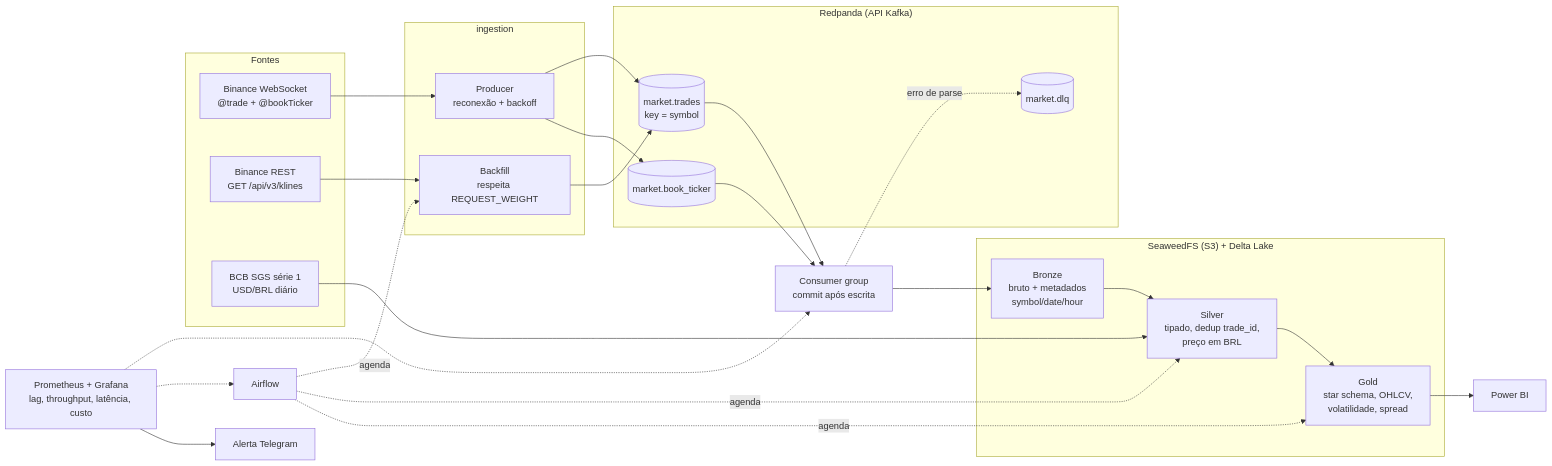
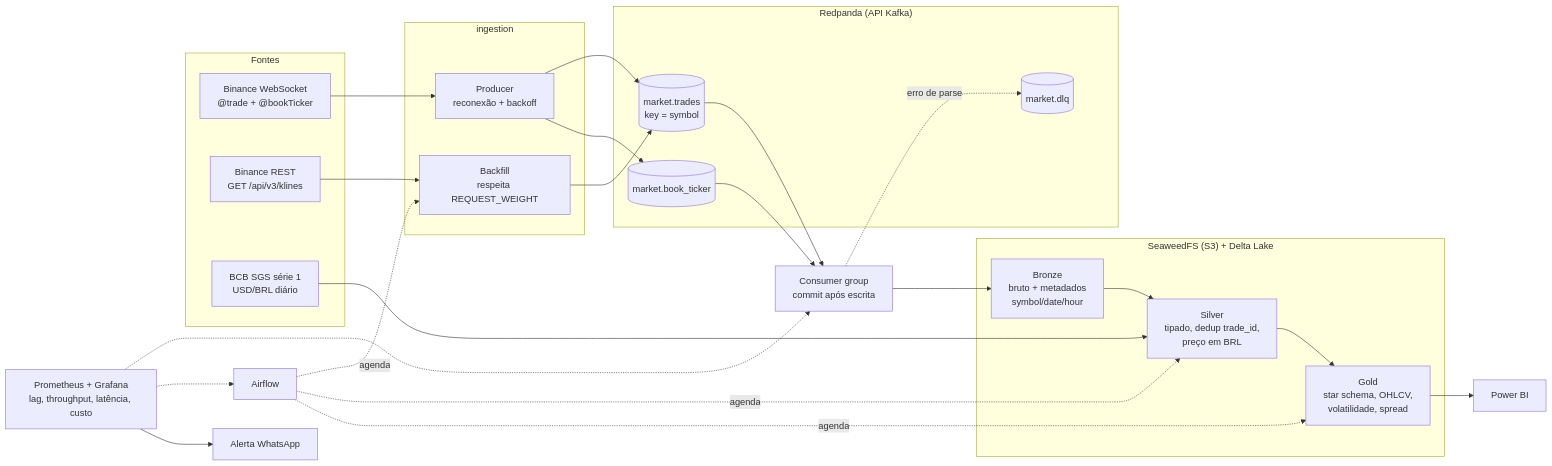
The diagram in README.md (JhoneSantos-92/marketpulse-data-platform), drawn with Mermaid before and after one commit. The commit also changed other lines of this file and 1 other file, not shown here.

````diff
--- a/README.md
+++ b/README.md
@@ -13,39 +14,39 @@
 ```mermaid
 flowchart LR
     subgraph Fontes
         WS["Binance WebSocket<br/>@trade + @bookTicker"]
         REST["Binance REST<br/>GET /api/v3/klines"]
         BCB["BCB SGS série 1<br/>USD/BRL diário"]
     end
 
     subgraph ingestion
         PROD["Producer<br/>reconexão + backoff"]
         BF["Backfill<br/>respeita REQUEST_WEIGHT"]
     end
 
     subgraph streaming["Redpanda (API Kafka)"]
         T1[("market.trades<br/>key = symbol")]
         T2[("market.book_ticker")]
         DLQ[("market.dlq")]
     end
 
     CONS["Consumer group<br/>commit após escrita"]
 
     subgraph lake["SeaweedFS (S3) + Delta Lake"]
         BR["Bronze<br/>bruto + metadados<br/>symbol/date/hour"]
         SI["Silver<br/>tipado, dedup trade_id,<br/>preço em BRL"]
         GO["Gold<br/>star schema, OHLCV,<br/>volatilidade, spread"]
     end
 
     WS --> PROD --> T1 & T2
     REST --> BF --> T1
     T1 & T2 --> CONS --> BR
     CONS -. erro de parse .-> DLQ
     BR --> SI --> GO
     BCB --> SI
     GO --> BI["Power BI"]
 
     ORQ["Airflow"] -.agenda.-> BF & SI & GO
     MON["Prometheus + Grafana<br/>lag, throughput, latência, custo"] -.-> CONS & ORQ
-    MON --> AL["Alerta Telegram"]
+    MON --> AL["Alerta WhatsApp"]
 ```
````
